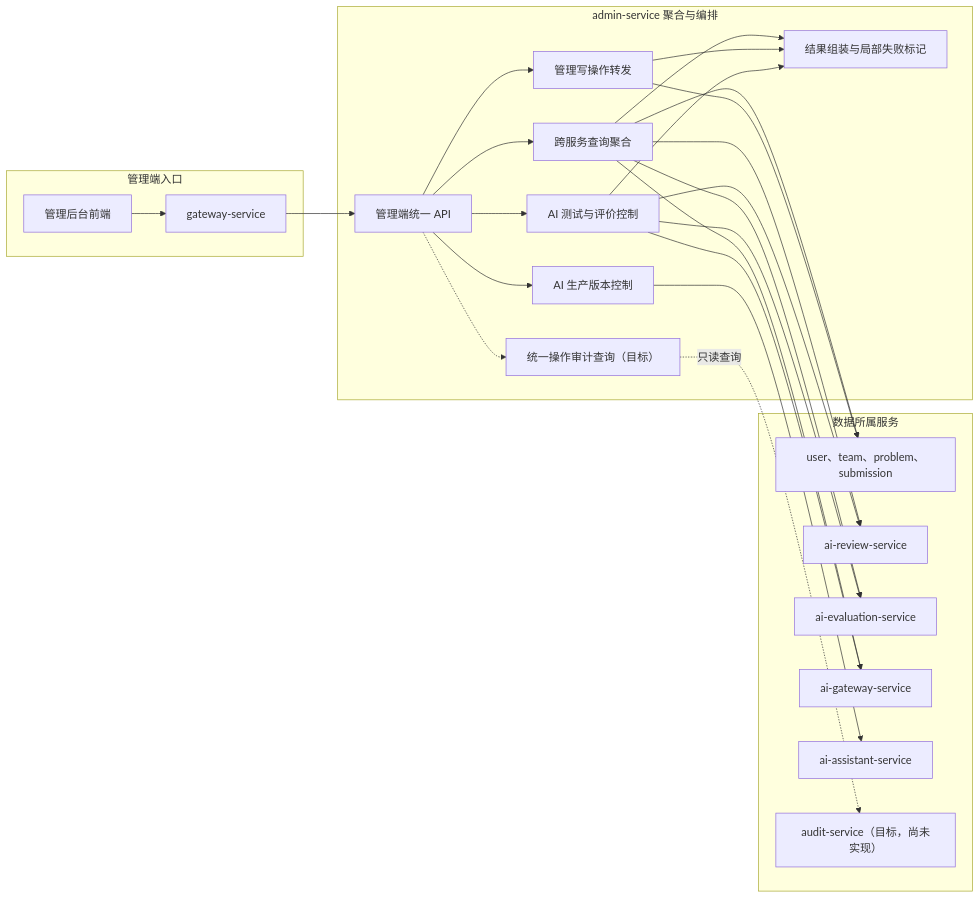
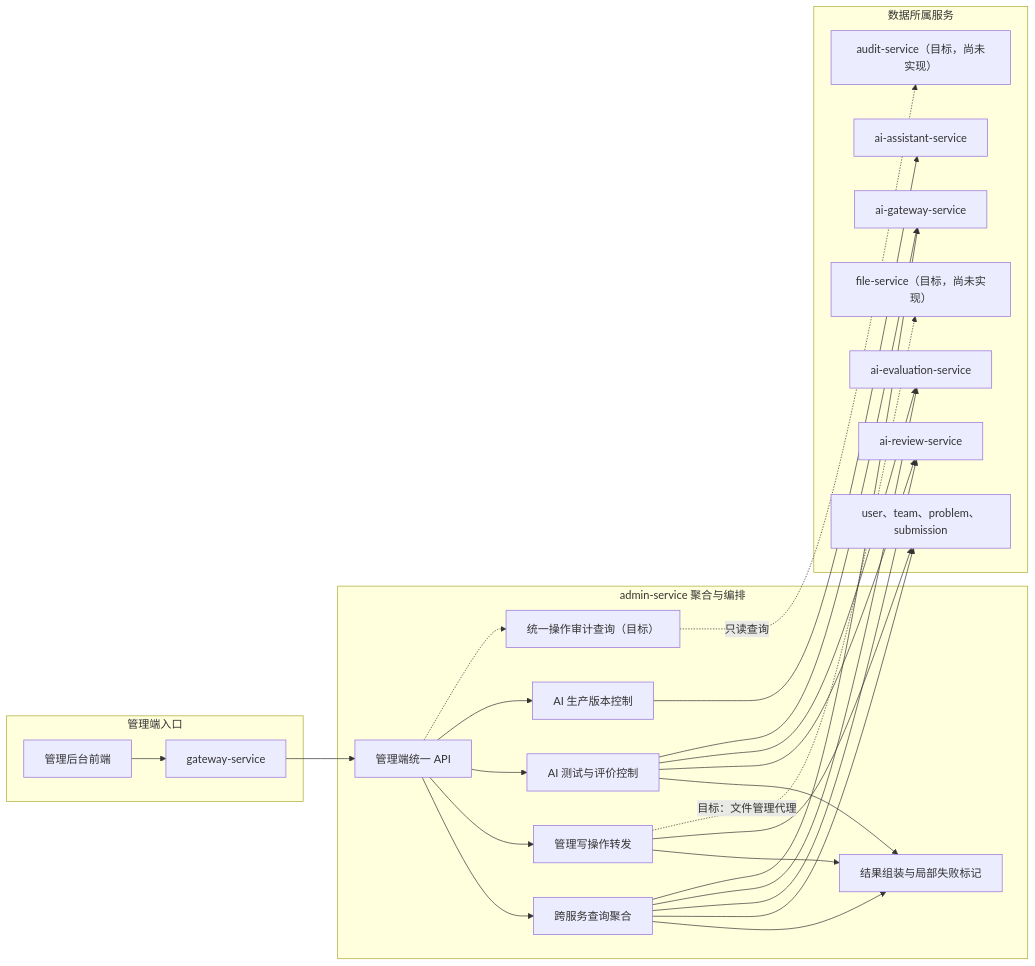
Before and after one commit to Dorian7Alden/LeetModel: the diagram in docs/project/03-微服务设计/admin-service/README.md, drawn with Mermaid. The commit also changed other lines of this file and 12 other files, not shown here.

````diff
--- a/docs/project/03-微服务设计/admin-service/README.md
+++ b/docs/project/03-微服务设计/admin-service/README.md
@@ -7,48 +7,50 @@
 ```mermaid
 flowchart LR
     subgraph entry["管理端入口"]
         adminWeb["管理后台前端"]
         apiGateway["gateway-service"]
     end
 
     subgraph admin["admin-service 聚合与编排"]
         adminApi["管理端统一 API"]
         aggregation["跨服务查询聚合"]
         writeForward["管理写操作转发"]
         aiControl["AI 测试与评价控制"]
         productionControl["AI 生产版本控制"]
         auditQuery["统一操作审计查询（目标）"]
         resultAssembly["结果组装与局部失败标记"]
 
         adminApi --> aggregation
         adminApi --> writeForward
         adminApi --> aiControl
         adminApi --> productionControl
         adminApi -.-> auditQuery
         aggregation --> resultAssembly
         writeForward --> resultAssembly
         aiControl --> resultAssembly
     end
 
     subgraph domains["数据所属服务"]
         basicServices["user、team、problem、submission"]
         reviewService["ai-review-service"]
         evaluationService["ai-evaluation-service"]
         aiGateway["ai-gateway-service"]
         assistantService["ai-assistant-service"]
         auditService["audit-service（目标，尚未实现）"]
+        fileService["file-service（目标，尚未实现）"]
     end
 
     adminWeb --> apiGateway
     apiGateway --> adminApi
     aggregation --> basicServices
     aggregation --> reviewService
     aggregation --> evaluationService
     aggregation --> aiGateway
     writeForward --> basicServices
     aiControl --> reviewService
     aiControl --> evaluationService
     aiControl --> aiGateway
     productionControl --> assistantService
     auditQuery -. "只读查询" .-> auditService
+    writeForward -. "目标：文件管理代理" .-> fileService
 ```
````
